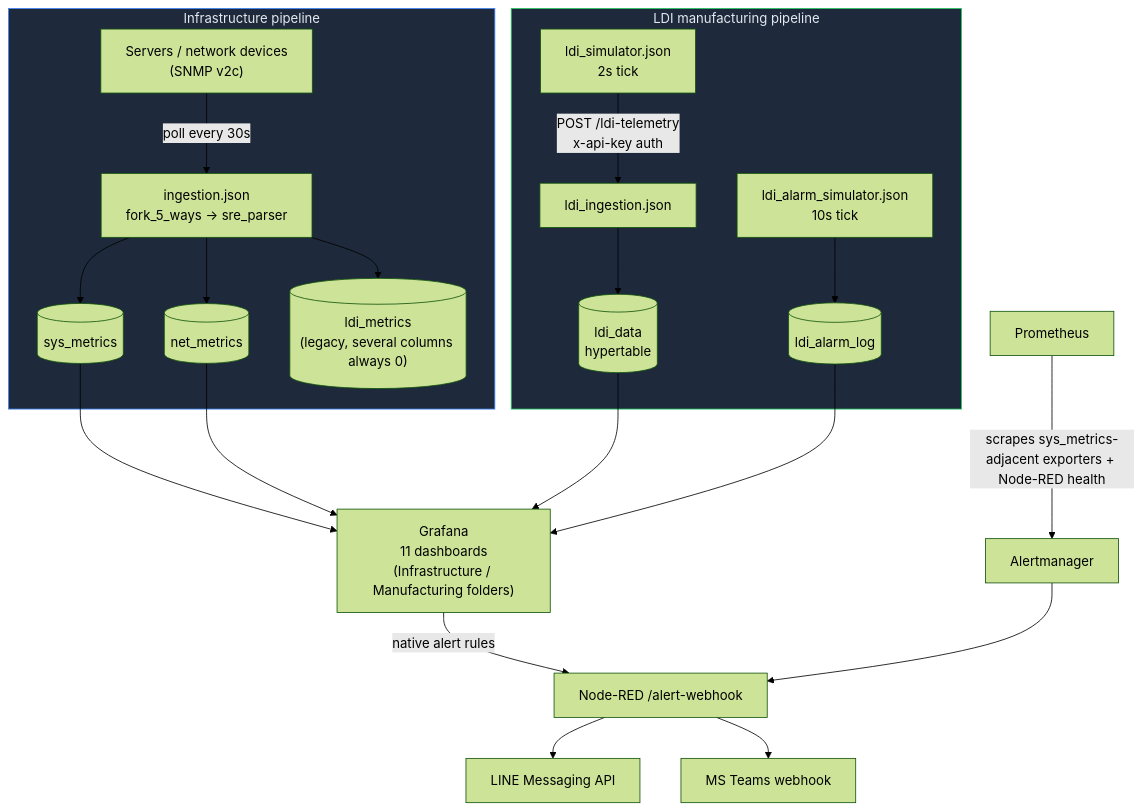
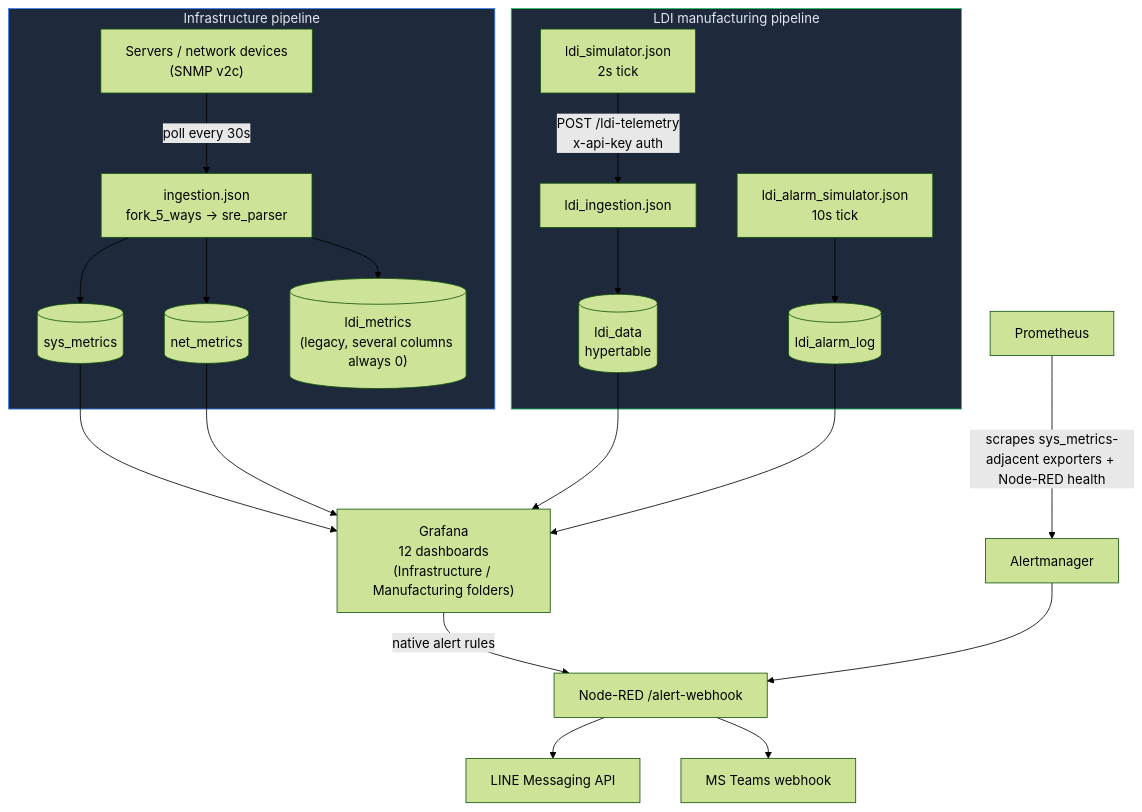
One commit to PATTANAKORN025/IMS changed the first of 3 diagrams in docs/architecture/DATA_FLOW.md. Above: the diagram before and after it, drawn with Mermaid (forest theme). The commit also changed 8 other files, not shown here.

````diff
--- a/docs/architecture/DATA_FLOW.md
+++ b/docs/architecture/DATA_FLOW.md
@@ -11,29 +11,29 @@
 ```mermaid
 flowchart TB
     subgraph INFRA["Infrastructure pipeline"]
         DEV["Servers / network devices\n(SNMP v2c)"] -->|"poll every 30s"| WALK["ingestion.json\nfork_5_ways -> sre_parser"]
         WALK --> SYS[("sys_metrics")]
         WALK --> NET[("net_metrics")]
         WALK --> LDIM[("ldi_metrics\n(legacy, several columns always 0)")]
     end
 
     subgraph LDI["LDI manufacturing pipeline"]
         SIM["ldi_simulator.json\n2s tick"] -->|"POST /ldi-telemetry\nx-api-key auth"| ING["ldi_ingestion.json"]
         ING --> LDID[("ldi_data\nhypertable")]
         ALMSIM["ldi_alarm_simulator.json\n10s tick"] --> ALOG[("ldi_alarm_log")]
     end
 
-    SYS --> GRAFANA["Grafana\n11 dashboards\n(Infrastructure / Manufacturing folders)"]
+    SYS --> GRAFANA["Grafana\n12 dashboards\n(Infrastructure / Manufacturing folders)"]
     NET --> GRAFANA
     LDID --> GRAFANA
     ALOG --> GRAFANA
 
     GRAFANA -->|"native alert rules"| WEBHOOK["Node-RED /alert-webhook"]
     PROM["Prometheus"] -->|"scrapes sys_metrics-adjacent exporters + Node-RED health"| AM["Alertmanager"]
     AM --> WEBHOOK
     WEBHOOK --> LINE["LINE Messaging API"]
     WEBHOOK --> TEAMS["MS Teams webhook"]
 
     style INFRA fill:#1e293b,stroke:#3b82f6,color:#e2e8f0
     style LDI fill:#1e293b,stroke:#22c55e,color:#e2e8f0
 ```
````
